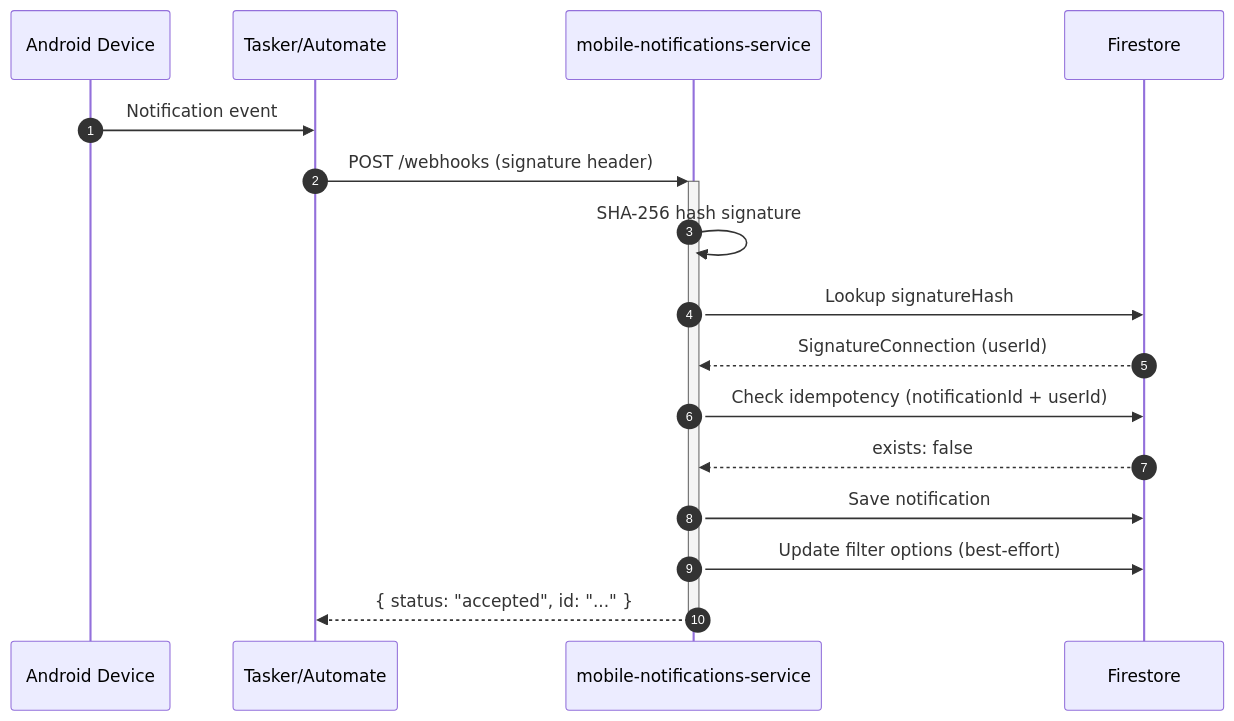
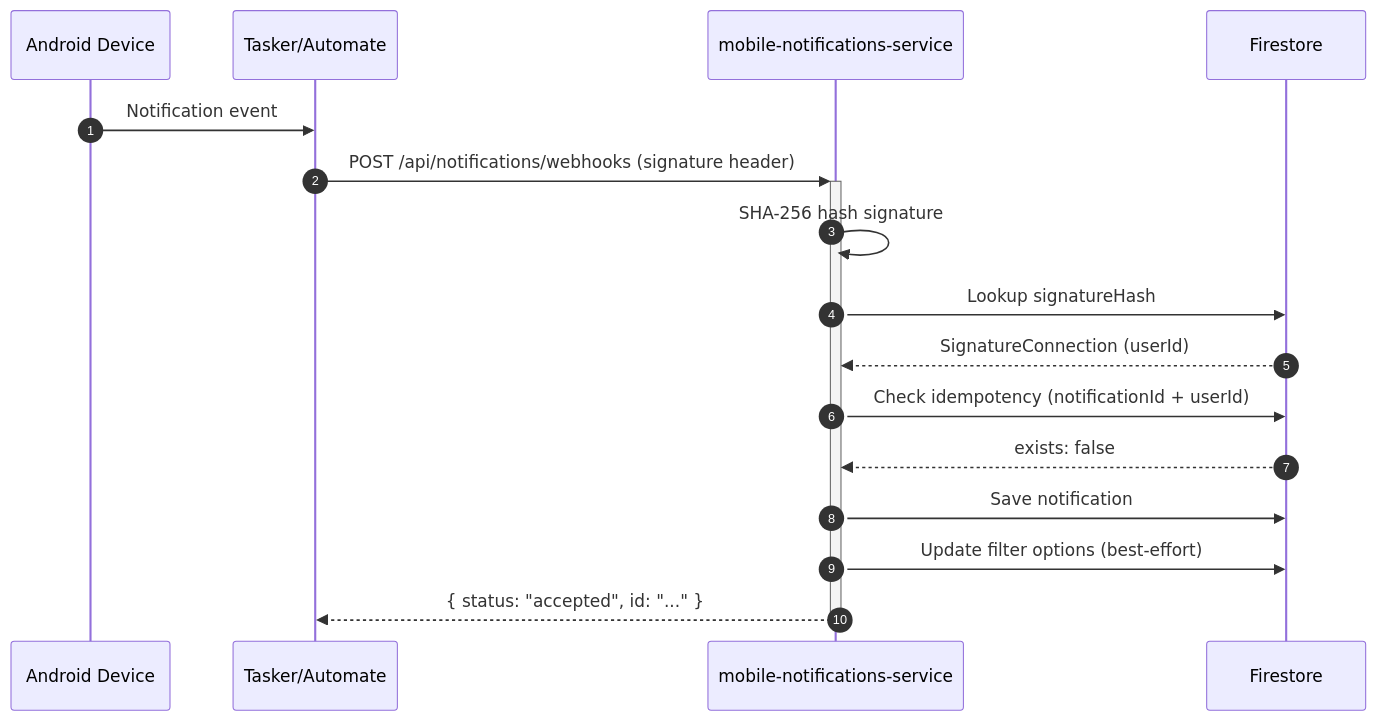
One commit to pbuchman/intexuraos changed the second of 3 diagrams in docs/services/mobile-notifications-service/technical.md. Above: the diagram before and after it, drawn with Mermaid. The commit also changed other lines of this file and 4 other files, not shown here.

````diff
--- a/docs/services/mobile-notifications-service/technical.md
+++ b/docs/services/mobile-notifications-service/technical.md
@@ -61,19 +61,19 @@
 ```mermaid
 sequenceDiagram
     autonumber
     participant Device as Android Device
     participant Tasker as Tasker/Automate
     participant Service as mobile-notifications-service
     participant Firestore
 
     Device->>Tasker: Notification event
-    Tasker->>+Service: POST /webhooks (signature header)
+    Tasker->>+Service: POST /api/notifications/webhooks (signature header)
     Service->>Service: SHA-256 hash signature
     Service->>Firestore: Lookup signatureHash
     Firestore-->>Service: SignatureConnection (userId)
     Service->>Firestore: Check idempotency (notificationId + userId)
     Firestore-->>Service: exists: false
     Service->>Firestore: Save notification
     Service->>Firestore: Update filter options (best-effort)
     Service-->>-Tasker: { status: "accepted", id: "..." }
 ```
````
